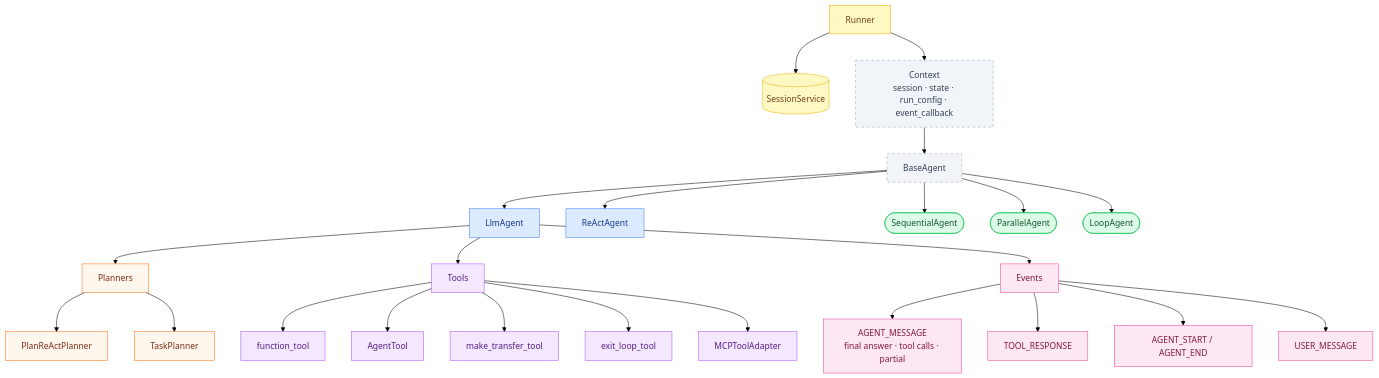
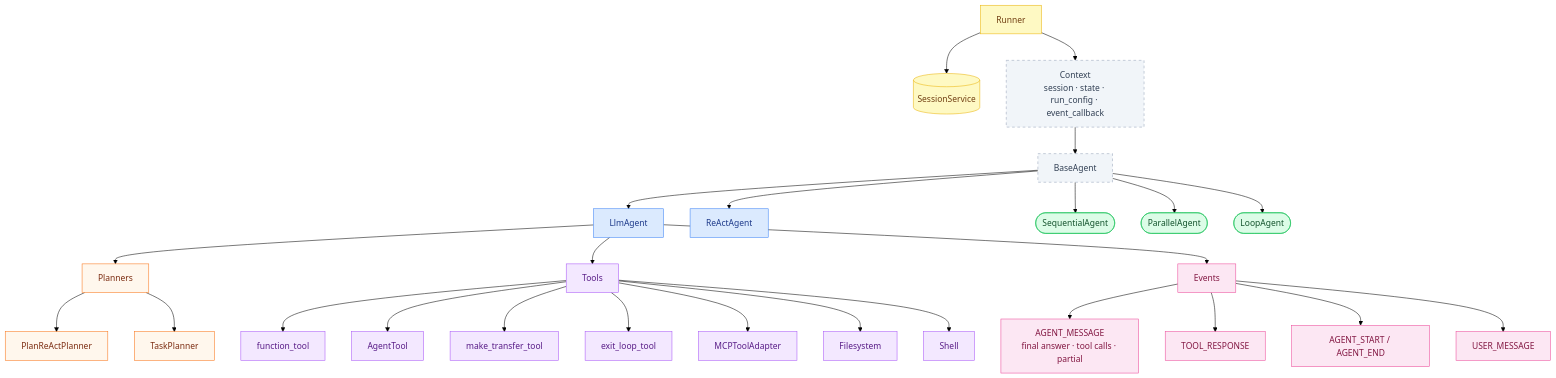
The first of 2 diagrams in docs/architecture.mdx (NicolaiLassen/langchain-adk), drawn with Mermaid (forest theme) before and after one commit. The commit also changed other lines of this file and 43 other files, not shown here.

````diff
--- a/docs/architecture.mdx
+++ b/docs/architecture.mdx
@@ -7,37 +7,39 @@
 ```mermaid
 flowchart TD
     classDef base fill:#f1f5f9,stroke:#94a3b8,stroke-dasharray:5 5,color:#334155
     classDef llm fill:#dbeafe,stroke:#3b82f6,color:#1e3a8a
     classDef composite fill:#dcfce7,stroke:#22c55e,color:#14532d
     classDef tool fill:#f3e8ff,stroke:#a855f7,color:#581c87
     classDef planner fill:#fff7ed,stroke:#f97316,color:#7c2d12
     classDef infra fill:#fef9c3,stroke:#eab308,color:#713f12
     classDef event fill:#fce7f3,stroke:#ec4899,color:#831843
 
     Runner:::infra --> Session[(SessionService)]:::infra
     Runner --> Ctx[Context\nsession · state · run_config · event_callback]:::base
     Ctx --> BaseAgent:::base
 
     BaseAgent --> LlmAgent:::llm
     BaseAgent --> ReActAgent:::llm
     BaseAgent --> Sequential([SequentialAgent]):::composite
     BaseAgent --> Parallel([ParallelAgent]):::composite
     BaseAgent --> Loop([LoopAgent]):::composite
 
     LlmAgent --> Planners:::planner
     Planners --> PRA[PlanReActPlanner]:::planner
     Planners --> TP[TaskPlanner]:::planner
 
     LlmAgent --> Tools:::tool
     Tools --> FT[function_tool]:::tool
     Tools --> AT[AgentTool]:::tool
     Tools --> TF[make_transfer_tool]:::tool
     Tools --> EL[exit_loop_tool]:::tool
     Tools --> MCP[MCPToolAdapter]:::tool
+    Tools --> FS[Filesystem]:::tool
+    Tools --> SH[Shell]:::tool
 
     LlmAgent --> Events:::event
     Events --> AM[AGENT_MESSAGE\nfinal answer · tool calls · partial]:::event
     Events --> TR[TOOL_RESPONSE]:::event
     Events --> AS[AGENT_START / AGENT_END]:::event
     Events --> UM[USER_MESSAGE]:::event
 ```
````
